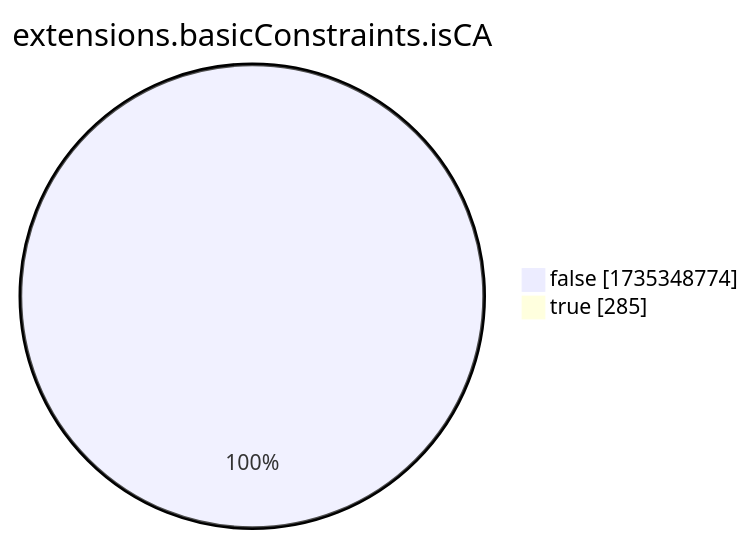
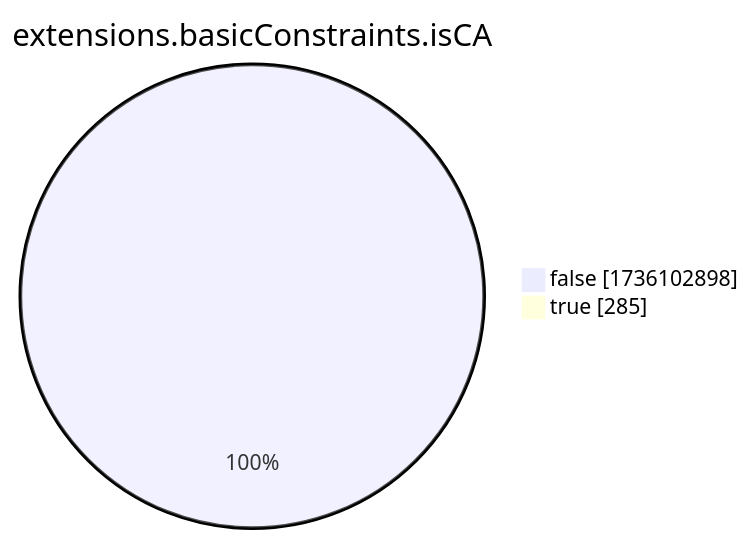
Before and after one commit to christiankrug/ctmonitor_visualization: the eighth of 15 diagrams in xenon2022/README.md, drawn with Mermaid. The commit also changed other lines of this file, not shown here.

````diff
--- a/xenon2022/README.md
+++ b/xenon2022/README.md
@@ -2867,6 +2867,6 @@
 ```mermaid
 pie showData
 title extensions.basicConstraints.isCA
-"false" :1735348774
+"false" :1736102898
 "true" :285
 ```
````
